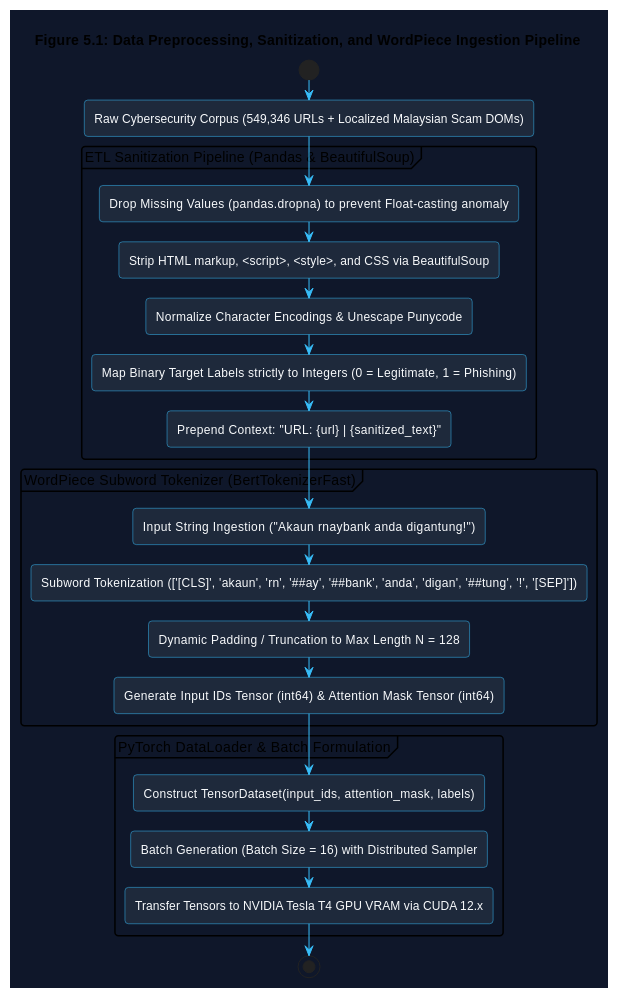
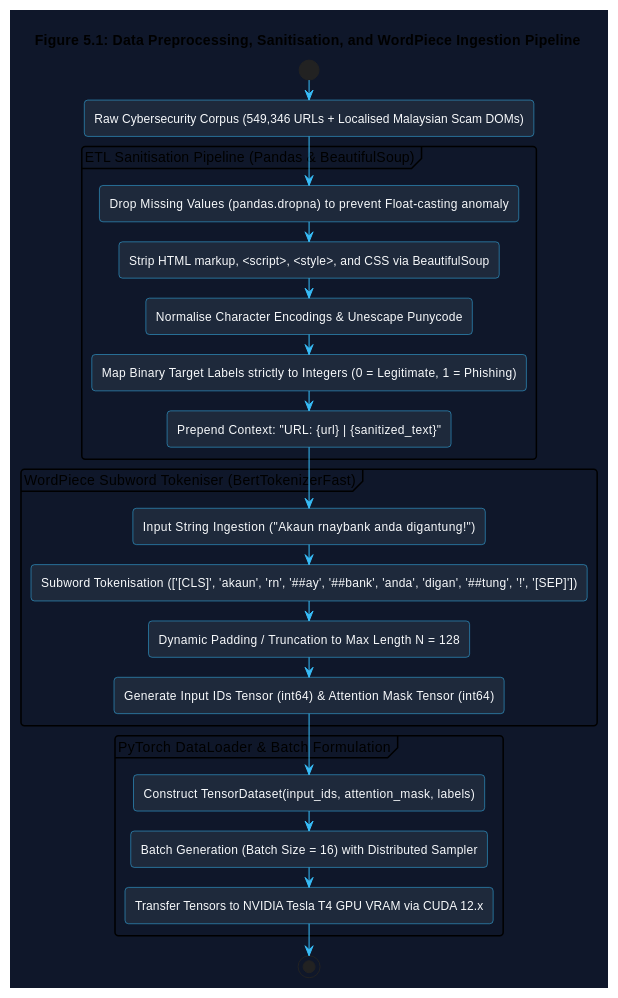
The first of 4 diagrams in report/Chapter_5_Implementation_Testing.md (KunTheNoobie/PhishGuard-AI-Complete), drawn with PlantUML before and after one commit. The commit also changed other lines of this file, not shown here.

````diff
--- a/report/Chapter_5_Implementation_Testing.md
+++ b/report/Chapter_5_Implementation_Testing.md
@@ -21,39 +21,39 @@
 ```plantuml
 @startuml ETL_Pipeline_Chapter_5
 !theme vibrant
 skinparam backgroundColor #0f172a
 skinparam ArrowColor #38bdf8
 skinparam ActivityBorderColor #38bdf8
 skinparam ActivityBackgroundColor #1e293b
 skinparam ActivityFontColor #f8fafc
 
-title Figure 5.1: Data Preprocessing, Sanitization, and WordPiece Ingestion Pipeline
+title Figure 5.1: Data Preprocessing, Sanitisation, and WordPiece Ingestion Pipeline
 
 start
-:Raw Cybersecurity Corpus (549,346 URLs + Localized Malaysian Scam DOMs);
+:Raw Cybersecurity Corpus (549,346 URLs + Localised Malaysian Scam DOMs);
 
-partition "ETL Sanitization Pipeline (Pandas & BeautifulSoup)" {
+partition "ETL Sanitisation Pipeline (Pandas & BeautifulSoup)" {
     :Drop Missing Values (pandas.dropna) to prevent Float-casting anomaly;
     :Strip HTML markup, <script>, <style>, and CSS via BeautifulSoup;
-    :Normalize Character Encodings & Unescape Punycode;
+    :Normalise Character Encodings & Unescape Punycode;
     :Map Binary Target Labels strictly to Integers (0 = Legitimate, 1 = Phishing);
     :Prepend Context: "URL: {url} | {sanitized_text}";
 }
 
-partition "WordPiece Subword Tokenizer (BertTokenizerFast)" {
+partition "WordPiece Subword Tokeniser (BertTokenizerFast)" {
     :Input String Ingestion ("Akaun rnaybank anda digantung!");
-    :Subword Tokenization (['[CLS]', 'akaun', 'rn', '##ay', '##bank', 'anda', 'digan', '##tung', '!', '[SEP]']);
+    :Subword Tokenisation (['[CLS]', 'akaun', 'rn', '##ay', '##bank', 'anda', 'digan', '##tung', '!', '[SEP]']);
     :Dynamic Padding / Truncation to Max Length N = 128;
     :Generate Input IDs Tensor (int64) & Attention Mask Tensor (int64);
 }
 
 partition "PyTorch DataLoader & Batch Formulation" {
     :Construct TensorDataset(input_ids, attention_mask, labels);
     :Batch Generation (Batch Size = 16) with Distributed Sampler;
     :Transfer Tensors to NVIDIA Tesla T4 GPU VRAM via CUDA 12.x;
 }
 
 stop
 
 @enduml
 ```
````
